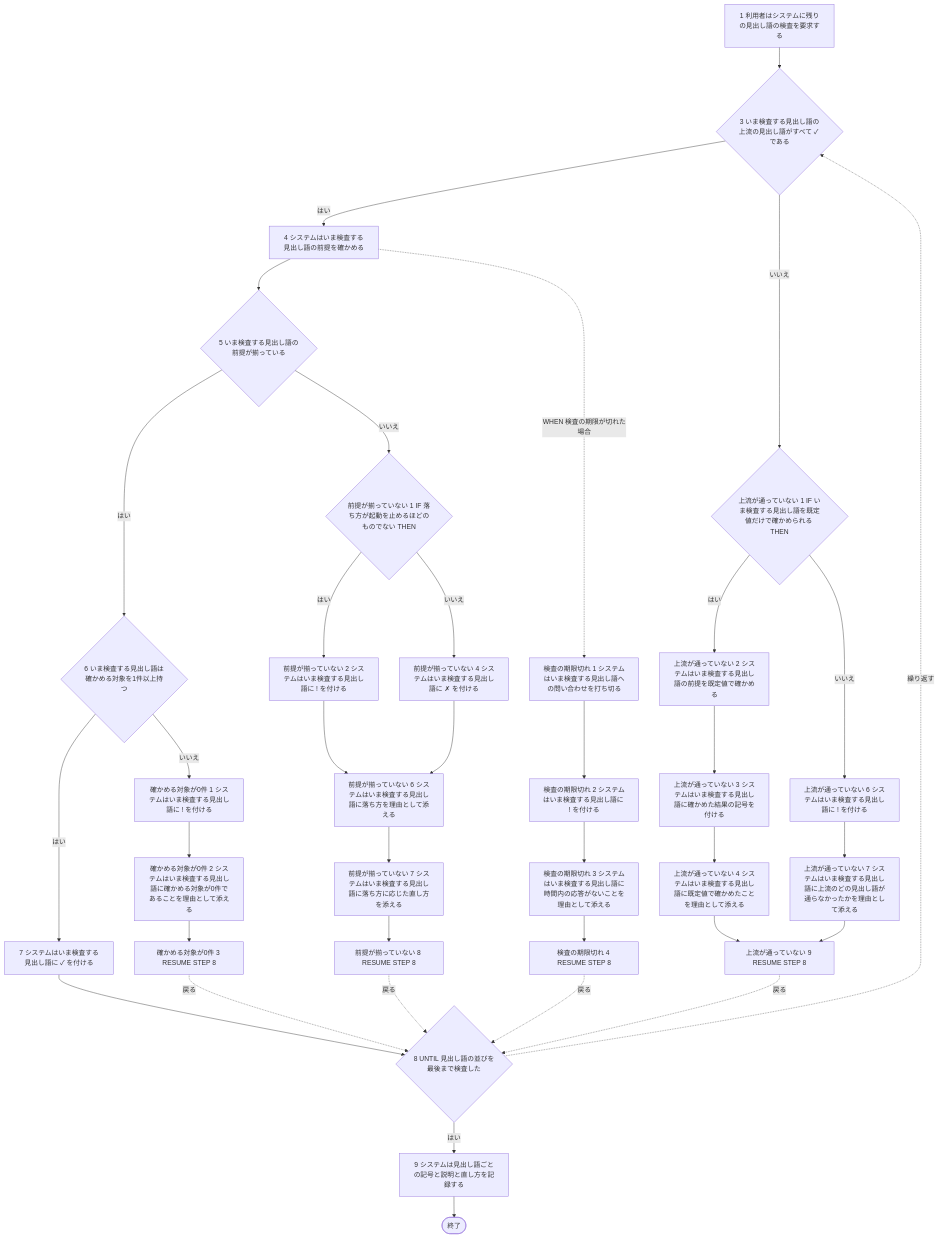
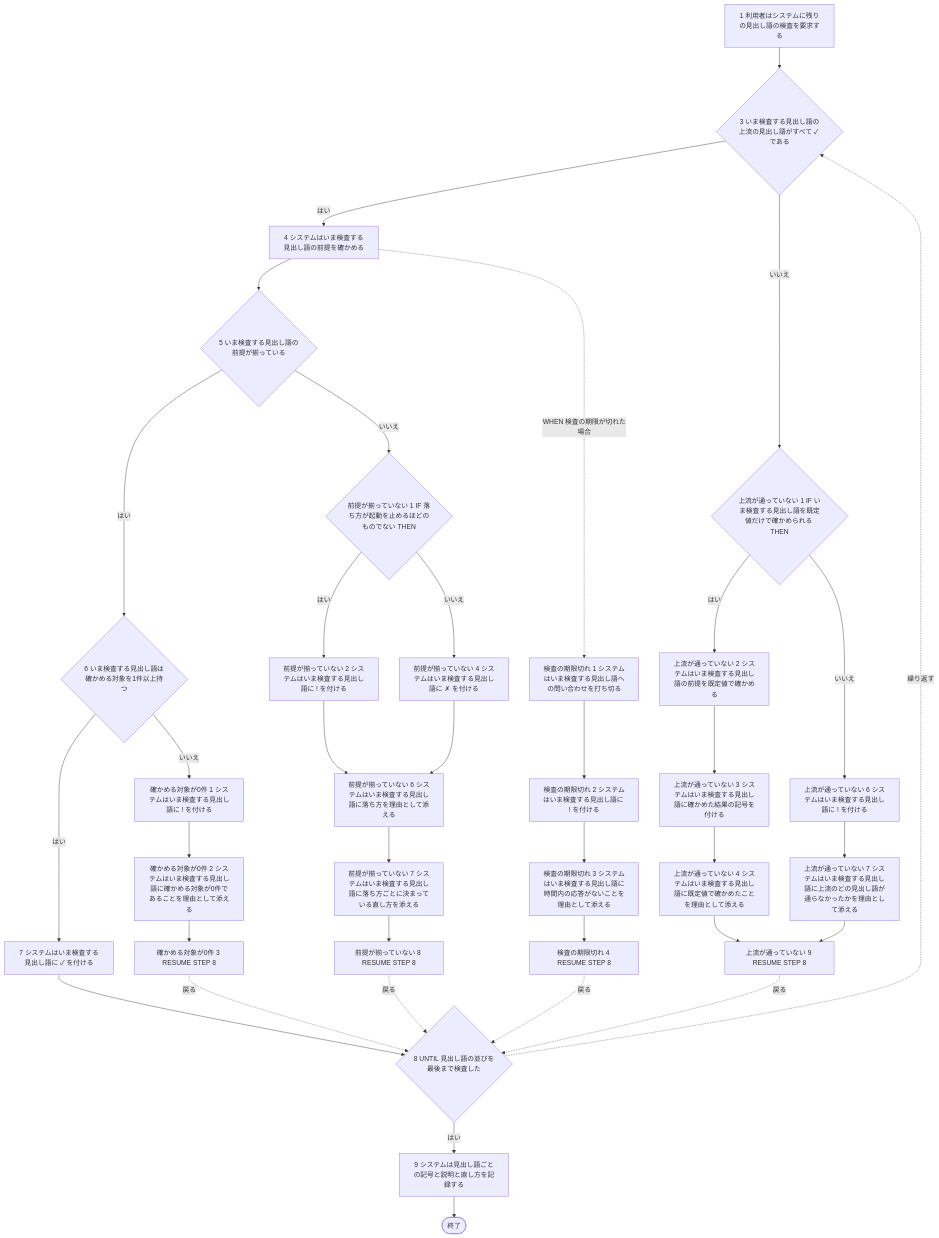
One commit to maimuzo/continuo changed the first of 2 diagrams in docs/spec/usecases/particular_case/見出し語を1つずつ検査する.rucm.md. Above: the diagram before and after it, drawn with Mermaid. The commit also changed other lines of this file and 93 other files, not shown here.

````diff
--- a/docs/spec/usecases/particular_case/見出し語を1つずつ検査する.rucm.md
+++ b/docs/spec/usecases/particular_case/見出し語を1つずつ検査する.rucm.md
@@ -91,66 +112,66 @@
 ```mermaid
 flowchart TD
     BS1["1 利用者はシステムに残りの見出し語の検査を要求する"]
     BS3{"3 いま検査する見出し語の上流の見出し語がすべて ✓ である"}
     BS4["4 システムはいま検査する見出し語の前提を確かめる"]
     BS5{"5 いま検査する見出し語の前提が揃っている"}
     BS6{"6 いま検査する見出し語は確かめる対象を1件以上持つ"}
     BS7["7 システムはいま検査する見出し語に ✓ を付ける"]
     BS8{"8 UNTIL 見出し語の並びを最後まで検査した"}
     BS9["9 システムは見出し語ごとの記号と説明と直し方を記録する"]
     A1S1{"上流が通っていない 1 IF いま検査する見出し語を既定値だけで確かめられる THEN"}
     A1S2["上流が通っていない 2 システムはいま検査する見出し語の前提を既定値で確かめる"]
     A1S3["上流が通っていない 3 システムはいま検査する見出し語に確かめた結果の記号を付ける"]
     A1S4["上流が通っていない 4 システムはいま検査する見出し語に既定値で確かめたことを理由として添える"]
     A1S6["上流が通っていない 6 システムはいま検査する見出し語に ! を付ける"]
     A1S7["上流が通っていない 7 システムはいま検査する見出し語に上流のどの見出し語が通らなかったかを理由として添える"]
     A1S9["上流が通っていない 9 RESUME STEP 8"]
     A2S1{"前提が揃っていない 1 IF 落ち方が起動を止めるほどのものでない THEN"}
     A2S2["前提が揃っていない 2 システムはいま検査する見出し語に ! を付ける"]
     A2S4["前提が揃っていない 4 システムはいま検査する見出し語に ✗ を付ける"]
     A2S6["前提が揃っていない 6 システムはいま検査する見出し語に落ち方を理由として添える"]
-    A2S7["前提が揃っていない 7 システムはいま検査する見出し語に落ち方に応じた直し方を添える"]
+    A2S7["前提が揃っていない 7 システムはいま検査する見出し語に落ち方ごとに決まっている直し方を添える"]
     A2S8["前提が揃っていない 8 RESUME STEP 8"]
     A3S1["確かめる対象が0件 1 システムはいま検査する見出し語に ! を付ける"]
     A3S2["確かめる対象が0件 2 システムはいま検査する見出し語に確かめる対象が0件であることを理由として添える"]
     A3S3["確かめる対象が0件 3 RESUME STEP 8"]
     A4S1["検査の期限切れ 1 システムはいま検査する見出し語への問い合わせを打ち切る"]
     A4S2["検査の期限切れ 2 システムはいま検査する見出し語に ! を付ける"]
     A4S3["検査の期限切れ 3 システムはいま検査する見出し語に時間内の応答がないことを理由として添える"]
     A4S4["検査の期限切れ 4 RESUME STEP 8"]
     BS1 --> BS3
     BS3 -- はい --> BS4
     BS3 -- いいえ --> A1S1
     BS4 --> BS5
     BS4 -. "WHEN 検査の期限が切れた場合" .-> A4S1
     BS5 -- はい --> BS6
     BS5 -- いいえ --> A2S1
     BS6 -- はい --> BS7
     BS6 -- いいえ --> A3S1
     BS7 --> BS8
     BS8 -- はい --> BS9
     BS8 -. "繰り返す" .-> BS3
     A1S1 -- はい --> A1S2
     A1S1 -- いいえ --> A1S6
     A1S2 --> A1S3
     A1S3 --> A1S4
     A1S4 --> A1S9
     A1S6 --> A1S7
     A1S7 --> A1S9
     A1S9 -. "戻る" .-> BS8
     A2S1 -- はい --> A2S2
     A2S1 -- いいえ --> A2S4
     A2S2 --> A2S6
     A2S4 --> A2S6
     A2S6 --> A2S7
     A2S7 --> A2S8
     A2S8 -. "戻る" .-> BS8
     A3S1 --> A3S2
     A3S2 --> A3S3
     A3S3 -. "戻る" .-> BS8
     A4S1 --> A4S2
     A4S2 --> A4S3
     A4S3 --> A4S4
     A4S4 -. "戻る" .-> BS8
     BS9 --> END(["終了"])
 ```
````
